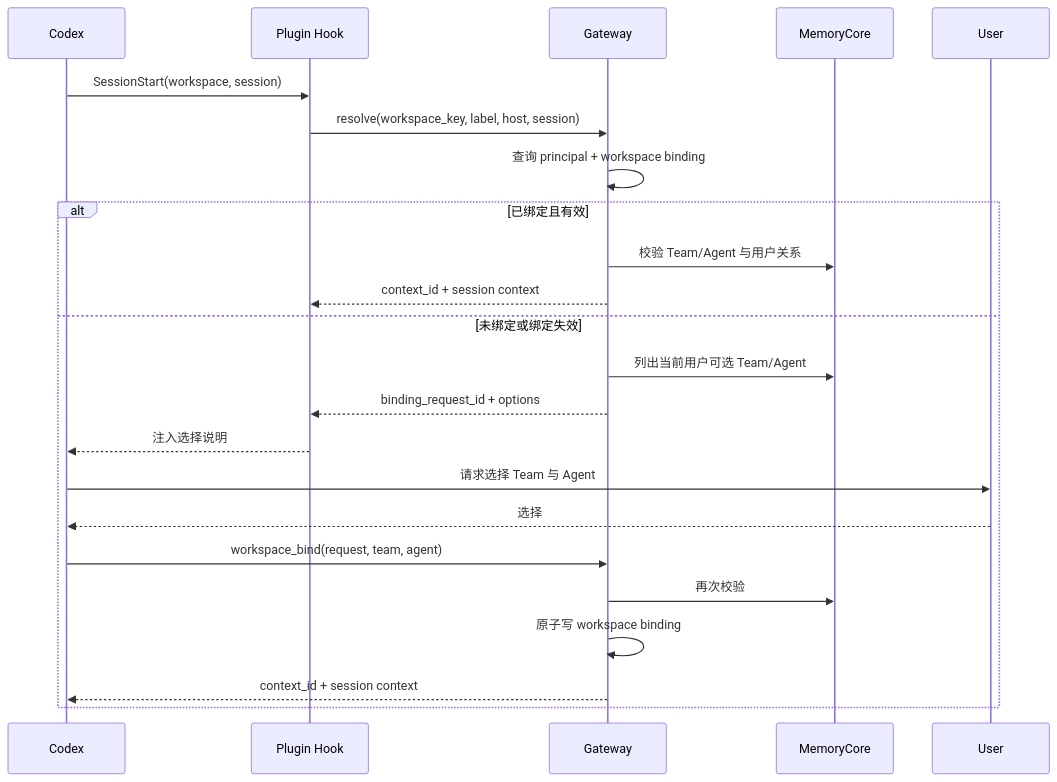
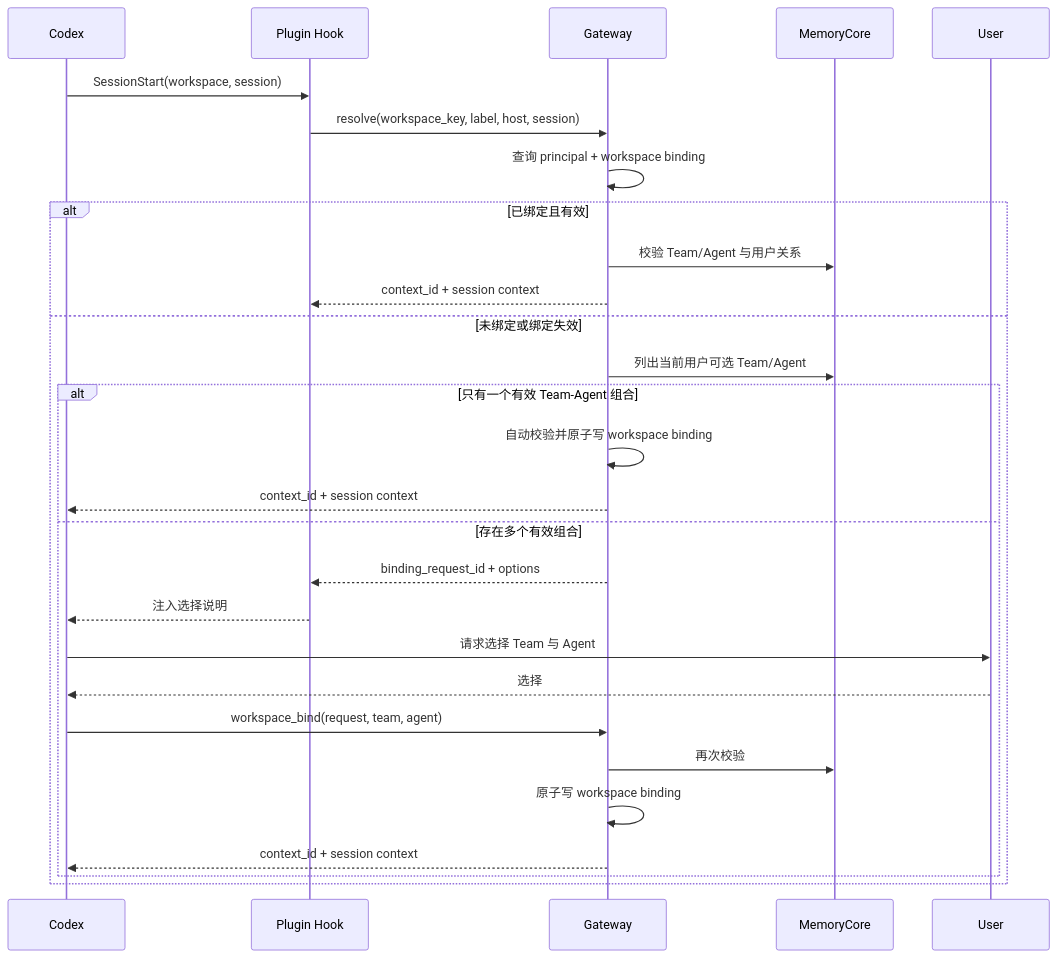
Before and after one commit to 1723229/Cbrain-Agent: the fifth of 12 diagrams in docs/architecture/memory-agent-gateway/architecture-design.md, drawn with Mermaid. The commit also changed other lines of this file and 9 other files, not shown here.

Commit message:
fix: auto bind unique agent workspace

````diff
--- a/docs/architecture/memory-agent-gateway/architecture-design.md
+++ b/docs/architecture/memory-agent-gateway/architecture-design.md
@@ -287,26 +287,31 @@
 ```mermaid
 sequenceDiagram
     participant C as Codex
     participant P as Plugin Hook
     participant G as Gateway
     participant MC as MemoryCore
     participant U as User
 
     C->>P: SessionStart(workspace, session)
     P->>G: resolve(workspace_key, label, host, session)
     G->>G: 查询 principal + workspace binding
     alt 已绑定且有效
         G->>MC: 校验 Team/Agent 与用户关系
         G-->>P: context_id + session context
     else 未绑定或绑定失效
         G->>MC: 列出当前用户可选 Team/Agent
-        G-->>P: binding_request_id + options
-        P-->>C: 注入选择说明
-        C->>U: 请求选择 Team 与 Agent
-        U-->>C: 选择
-        C->>G: workspace_bind(request, team, agent)
-        G->>MC: 再次校验
-        G->>G: 原子写 workspace binding
-        G-->>C: context_id + session context
+        alt 只有一个有效 Team-Agent 组合
+            G->>G: 自动校验并原子写 workspace binding
+            G-->>C: context_id + session context
+        else 存在多个有效组合
+            G-->>P: binding_request_id + options
+            P-->>C: 注入选择说明
+            C->>U: 请求选择 Team 与 Agent
+            U-->>C: 选择
+            C->>G: workspace_bind(request, team, agent)
+            G->>MC: 再次校验
+            G->>G: 原子写 workspace binding
+            G-->>C: context_id + session context
+        end
     end
 ```
````
